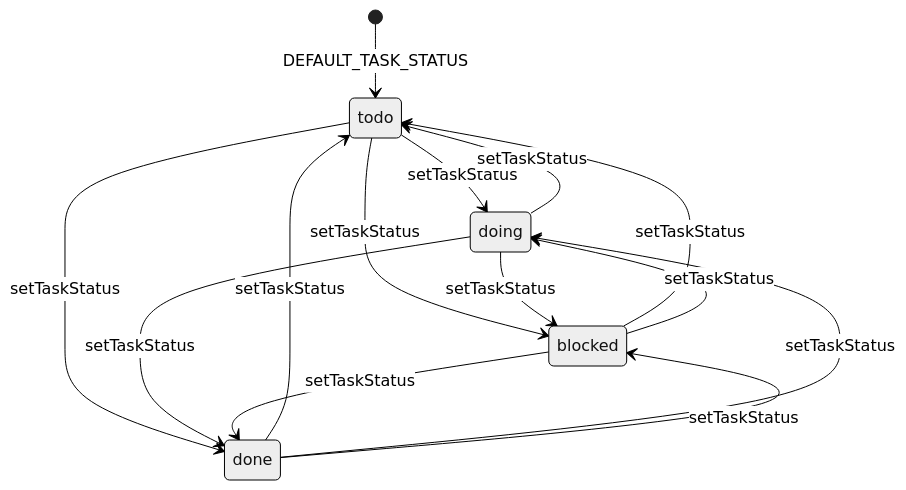
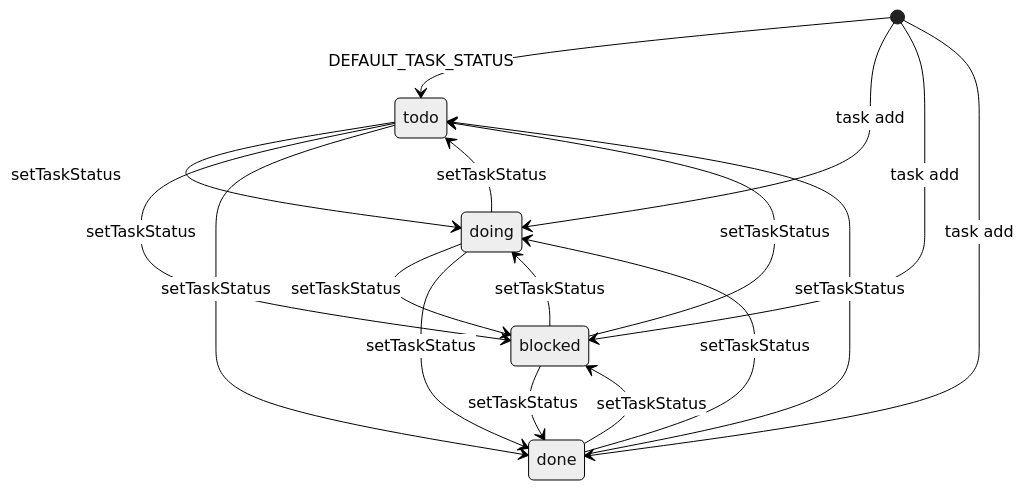
The third of 5 diagrams in docs/behavior/state-machines.md (agent-memory-atlas-archive/memhtml--memhtml), drawn with Mermaid (neutral theme) before and after one commit. The commit also changed other lines of this file and 11 other files, not shown here.

````diff
--- a/docs/behavior/state-machines.md
+++ b/docs/behavior/state-machines.md
@@ -72,16 +120,19 @@
 ```mermaid
 stateDiagram-v2
     [*] --> todo : DEFAULT_TASK_STATUS
+    [*] --> doing : task add
+    [*] --> blocked : task add
+    [*] --> done : task add
     todo --> doing : setTaskStatus
     todo --> blocked : setTaskStatus
     todo --> done : setTaskStatus
     doing --> todo : setTaskStatus
     doing --> blocked : setTaskStatus
     doing --> done : setTaskStatus
     blocked --> todo : setTaskStatus
     blocked --> doing : setTaskStatus
     blocked --> done : setTaskStatus
     done --> todo : setTaskStatus
     done --> doing : setTaskStatus
     done --> blocked : setTaskStatus
 ```
````
